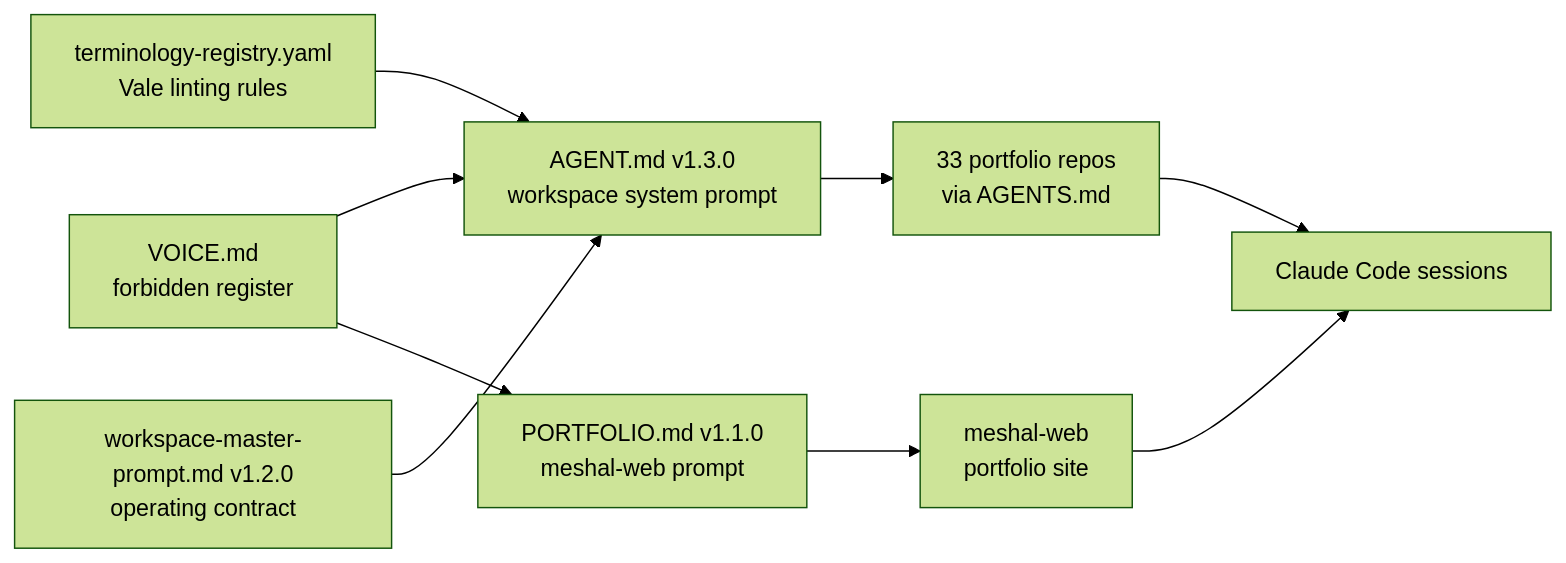
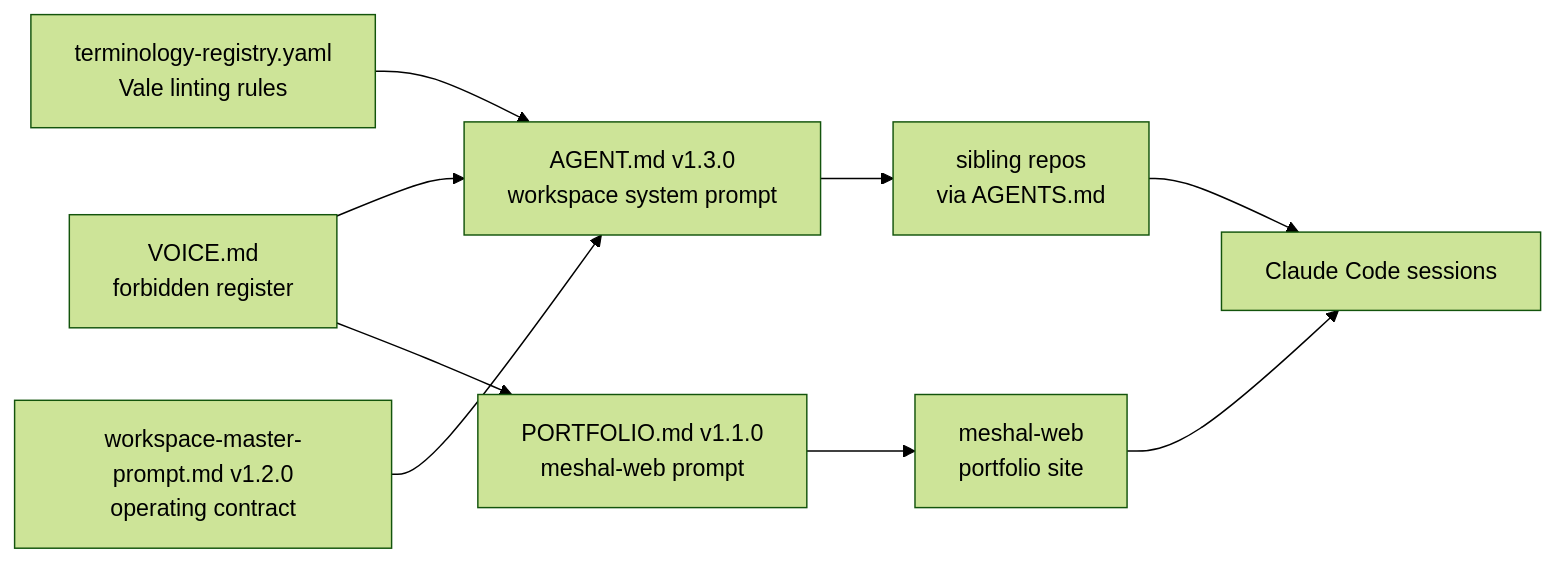
Before and after one commit to alawein/alawein: the fourth of 6 diagrams in docs/architecture.md, drawn with Mermaid (forest theme). The commit also changed other lines of this file and 4 other files, not shown here.

````diff
--- a/docs/architecture.md
+++ b/docs/architecture.md
@@ -139,17 +140,17 @@
 ```mermaid
 graph LR
   voice["VOICE.md\nforbidden register"]
   terms["terminology-registry.yaml\nVale linting rules"]
   agent["AGENT.md v1.3.0\nworkspace system prompt"]
   portfolio["PORTFOLIO.md v1.1.0\nmeshal-web prompt"]
   master["workspace-master-prompt.md v1.2.0\noperating contract"]
-  repos["33 portfolio repos\nvia AGENTS.md"]
+  repos["sibling repos\nvia AGENTS.md"]
   meshal["meshal-web\nportfolio site"]
   claude2["Claude Code sessions"]
 
   voice --> agent & portfolio
   terms --> agent
   master --> agent
   agent --> repos --> claude2
   portfolio --> meshal --> claude2
 ```
````
